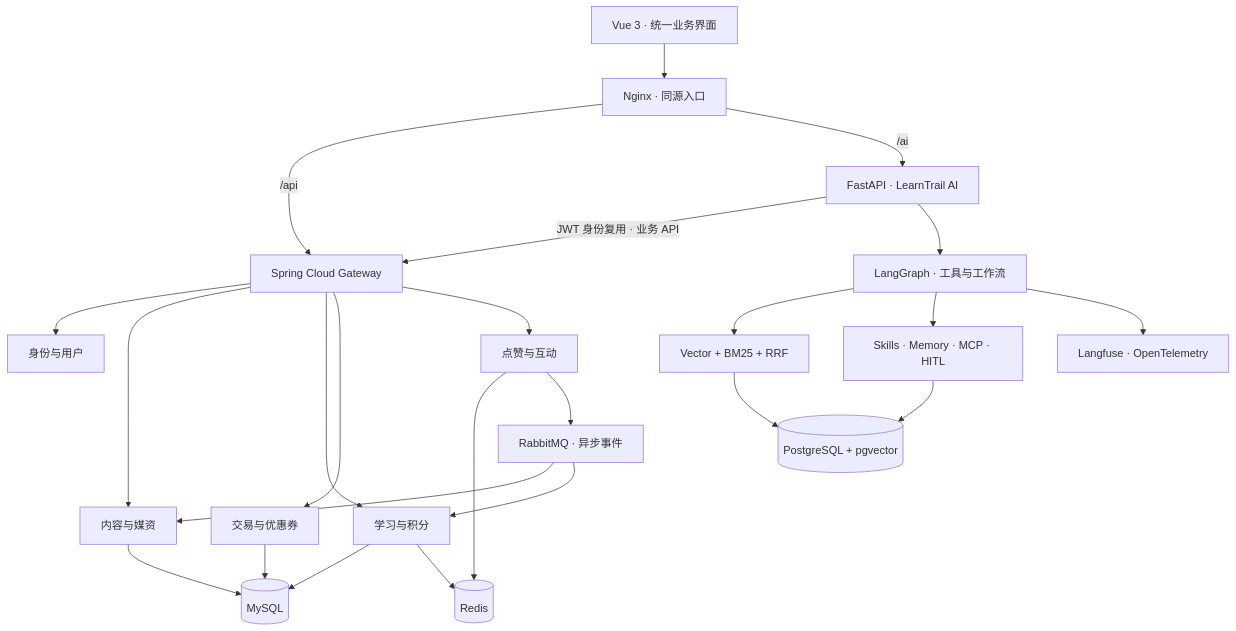
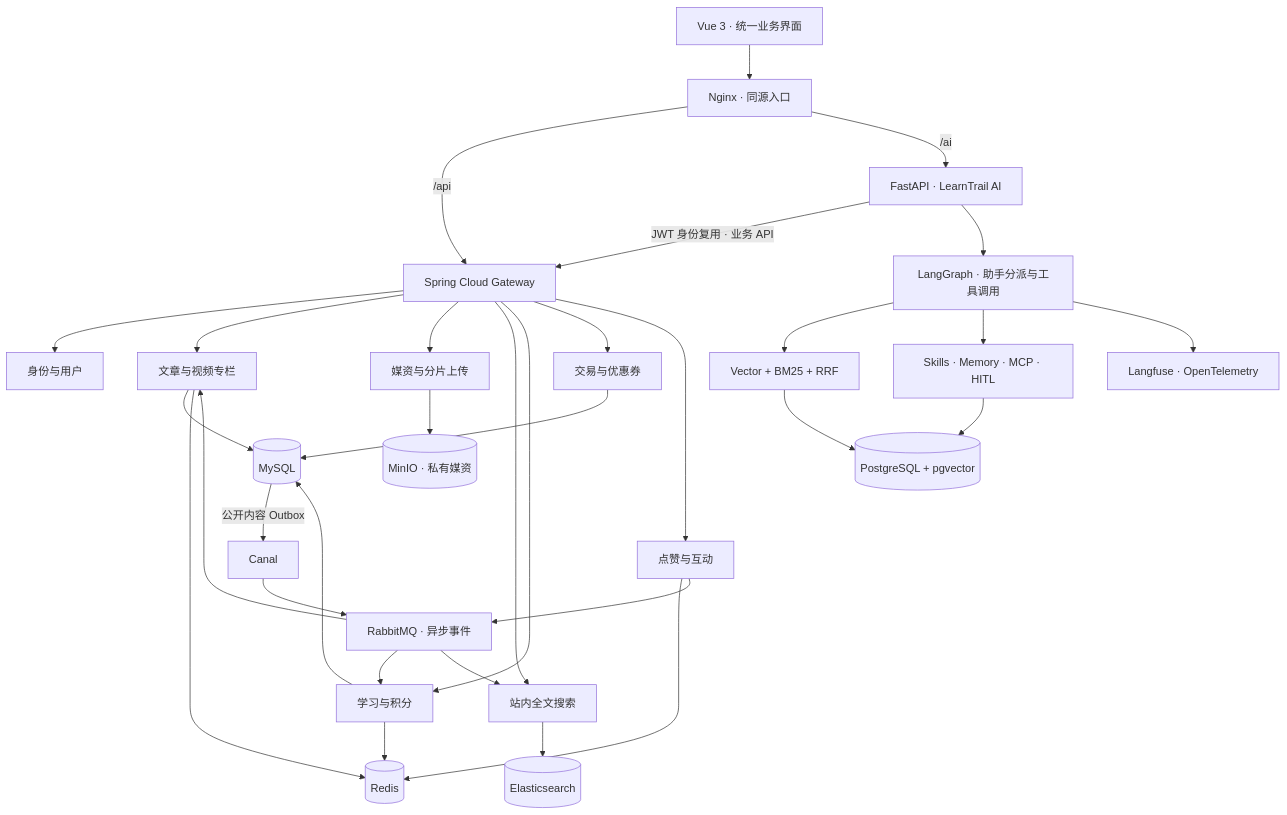
The diagram in README.md (sXiang555/LearnTrail), drawn with Mermaid before and after one commit. The commit also changed other lines of this file and 3 other files, not shown here.

Commit message:
docs: update platform and Agent architecture

````diff
--- a/README.md
+++ b/README.md
@@ -24,22 +24,27 @@
 ```mermaid
 flowchart TB
     Web[Vue 3 · 统一业务界面] --> Nginx[Nginx · 同源入口]
     Nginx -->|/api| Gateway[Spring Cloud Gateway]
     Nginx -->|/ai| AI[FastAPI · LearnTrail AI]
     Gateway --> Auth[身份与用户]
-    Gateway --> Content[内容与媒资]
+    Gateway --> Content[文章与视频专栏]
+    Gateway --> Media[媒资与分片上传]
+    Gateway --> Search[站内全文搜索]
     Gateway --> Learning[学习与积分]
     Gateway --> Trade[交易与优惠券]
     Gateway --> Remark[点赞与互动]
     AI -->|JWT 身份复用 · 业务 API| Gateway
-    AI --> Graph[LangGraph · 工具与工作流]
+    AI --> Graph[LangGraph · 助手分派与工具调用]
     Graph --> RAG[Vector + BM25 + RRF]
     Graph --> Capabilities[Skills · Memory · MCP · HITL]
     RAG --> PG[(PostgreSQL + pgvector)]
     Capabilities --> PG
     Content & Learning & Trade --> MySQL[(MySQL)]
-    Learning & Remark --> Redis[(Redis)]
-    Remark --> MQ[RabbitMQ · 异步事件]
+    Content & Learning & Remark --> Redis[(Redis)]
+    Media --> MinIO[(MinIO · 私有媒资)]
+    MySQL -->|公开内容 Outbox| Canal[Canal]
+    Canal & Remark --> MQ[RabbitMQ · 异步事件]
     MQ --> Content & Learning
+    MQ --> Search --> ES[(Elasticsearch)]
     Graph --> Telemetry[Langfuse · OpenTelemetry]
 ```
````
